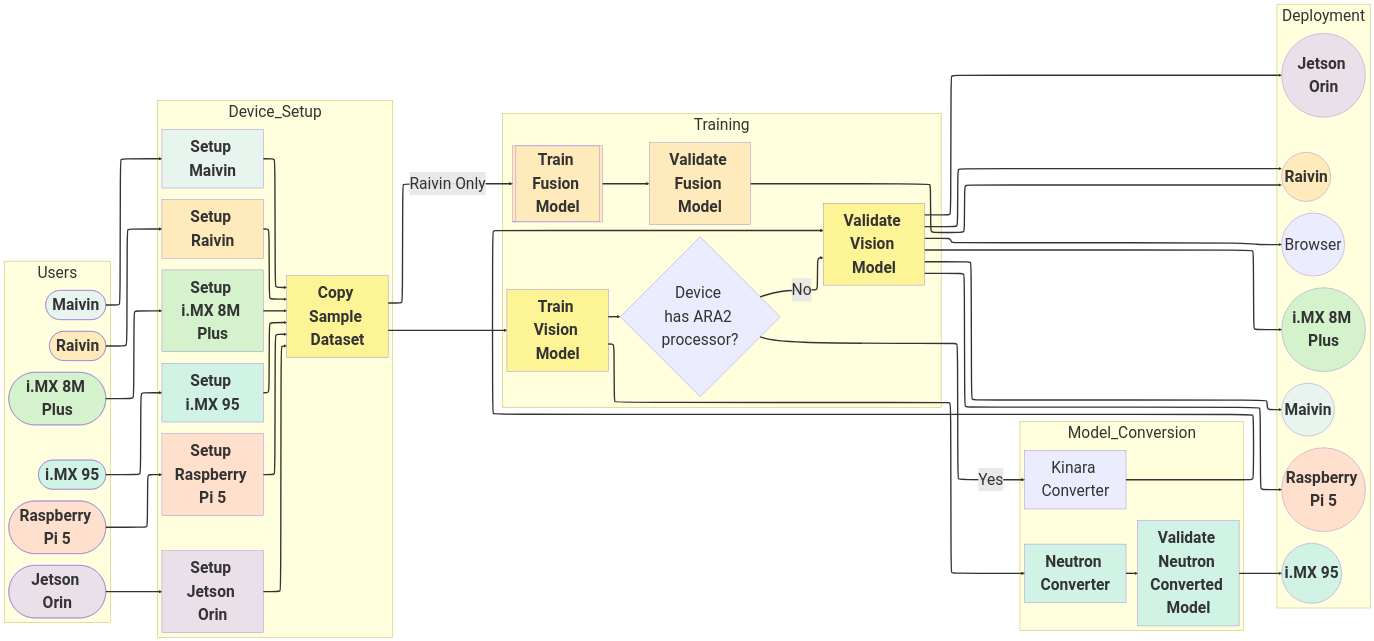
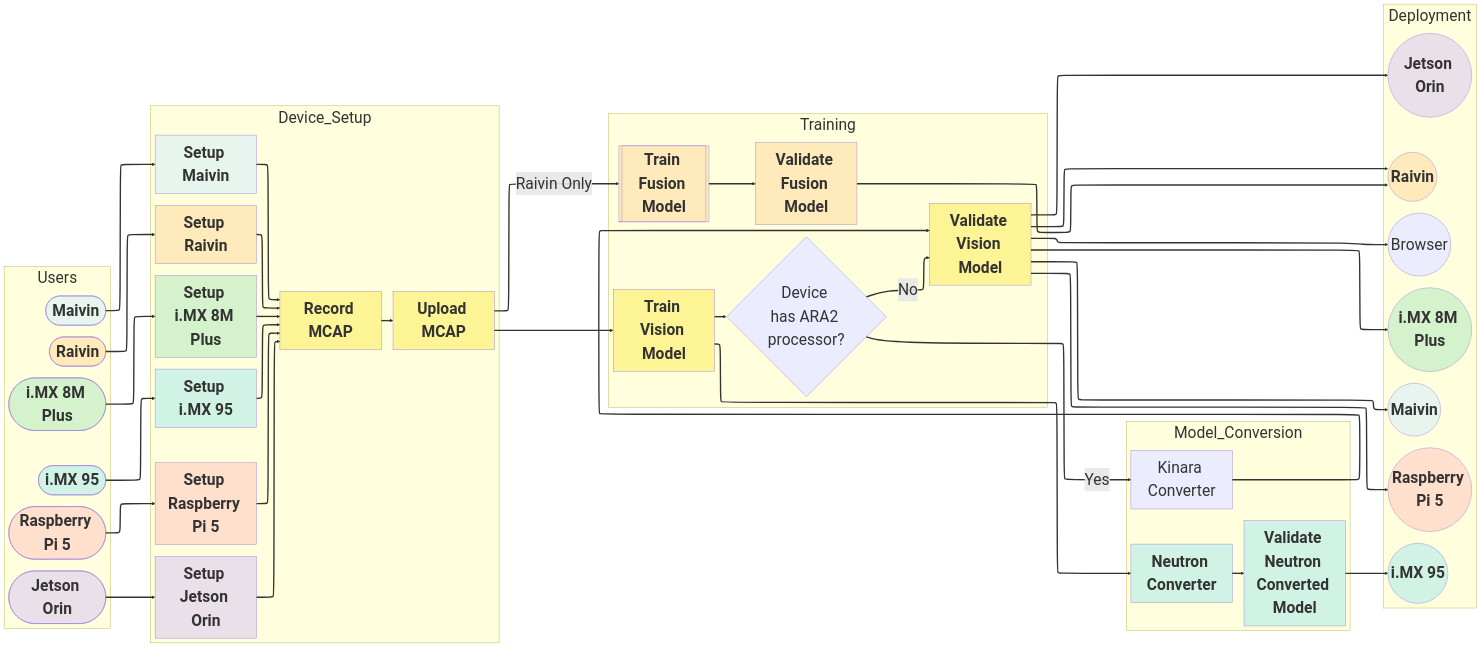
Before and after one commit to EdgeFirstAI/documentation: the diagram in docs/platforms/index.md, drawn with Mermaid. The commit also changed other lines of this file and 4 other files, not shown here.

```diff
--- a/docs/platforms/index.md
+++ b/docs/platforms/index.md
@@ -94,8 +94,11 @@
     pi_setup[Setup Raspberry Pi 5]:::coral 
     click pi_setup "quickstart/raspberrypi/setup" "Open Raspberry Pi Setup"
 
-    copy_dataset[Copy Sample Dataset]:::boxes
-    click copy_dataset "../getting_started/copy_dataset" "Copy Public Dataset"
+    copy_dataset[Record MCAP]:::boxes
+    click copy_dataset "../perception/data_collection/recording/" "Record MCAP"
+
+    upload_mcap[Upload MCAP]:::boxes
+    click copy_dataset "../perception/data_collection/publishing/" "Upload MCAP"
     end
 
     %% ---------- TRAINING ----------
@@ -169,6 +172,7 @@
     imx95_setup ==> copy_dataset
     orin_setup ==> copy_dataset
     pi_setup ==> copy_dataset
+    copy_dataset ==> upload_mcap
 
     %% ---------- CONVERSION ----------
     train_2d ==> neutron_converter ==> validate_imx95
@@ -176,11 +180,11 @@
     ara2 == No ==> validate_2d
 
     %% ---------- CORE PIPELINE ----------
-    copy_dataset ==> train_2d
+    upload_mcap ==> train_2d
     train_2d ==> ara2
 
     %% ---------- 3D PIPELINE ----------
-    copy_dataset == Raivin Only ==> train_3d
+    upload_mcap == Raivin Only ==> train_3d
     train_3d ==> validate_3d
 
     %% ---------- DEPLOYMENT ----------
```
